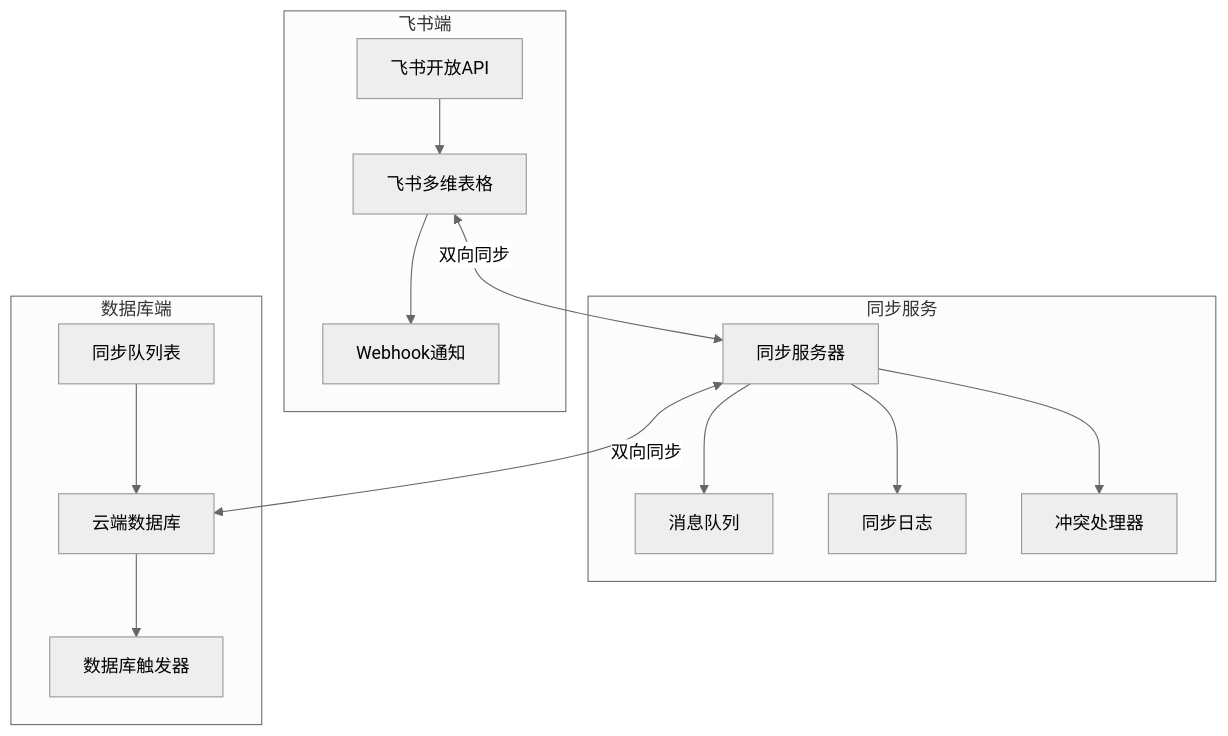
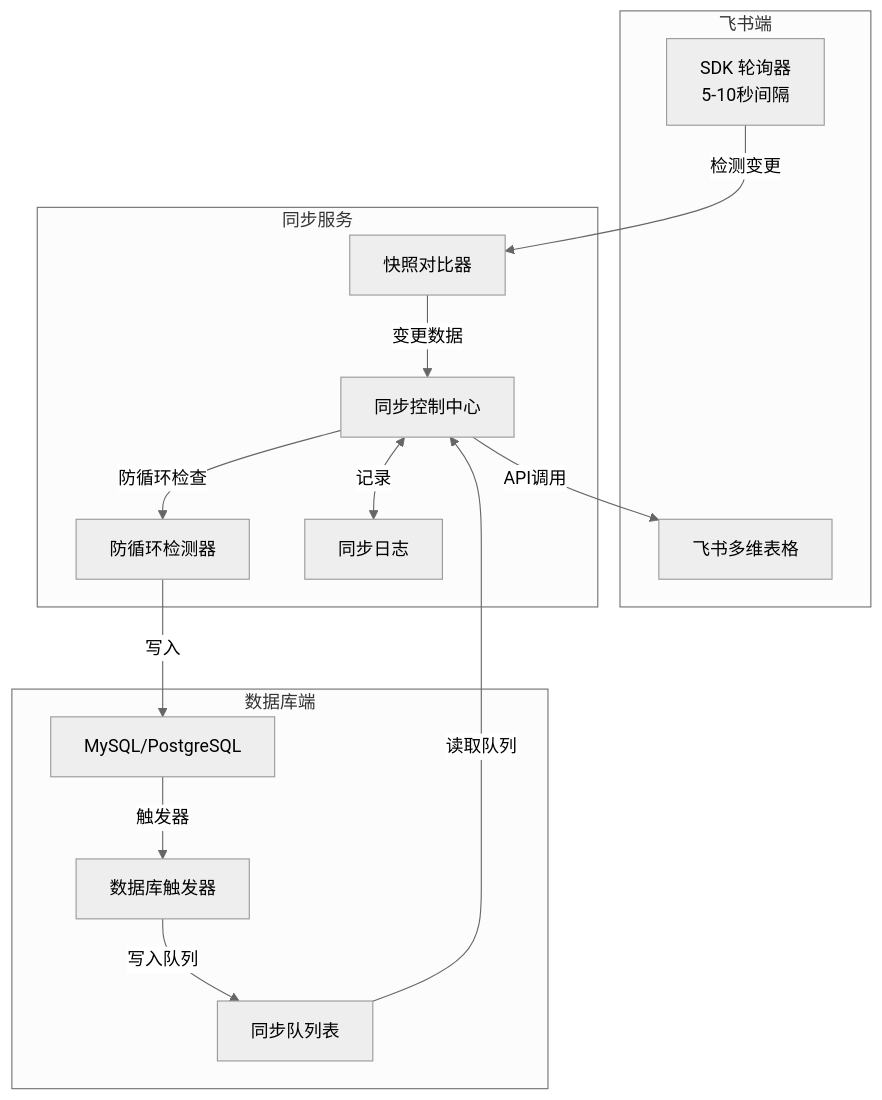
One commit to lory7c/db-fs changed the first of 5 diagrams in README1.md. Above: the diagram before and after it, drawn with Mermaid (neutral theme). The commit also changed other lines of this file and 4 other files, not shown here.

````diff
--- a/README1.md
+++ b/README1.md
@@ -9,21 +9,32 @@
 ```mermaid
 graph TB
-    A[飞书多维表格] <-->|双向同步| B[同步服务器]
-    B <-->|双向同步| C[云端数据库]
-    
     subgraph 飞书端
-        A --> D[Webhook通知]
-        E[飞书开放API] --> A
+        A[飞书多维表格]
+        B[SDK 轮询器<br/>5-10秒间隔]
     end
     
     subgraph 同步服务
-        B --> F[消息队列]
-        B --> G[同步日志]
-        B --> H[冲突处理器]
+        C[同步控制中心]
+        D[快照对比器]
+        E[防循环检测器]
+        F[同步日志]
     end
     
     subgraph 数据库端
-        C --> I[数据库触发器]
-        J[同步队列表] --> C
+        G[MySQL/PostgreSQL]
+        H[数据库触发器]
+        I[同步队列表]
     end
+    
+    B -->|检测变更| D
+    D -->|变更数据| C
+    C -->|防循环检查| E
+    E -->|写入| G
+    
+    G -->|触发器| H
+    H -->|写入队列| I
+    I -->|读取队列| C
+    C -->|API调用| A
+    
+    C <-->|记录| F
 ```
````
